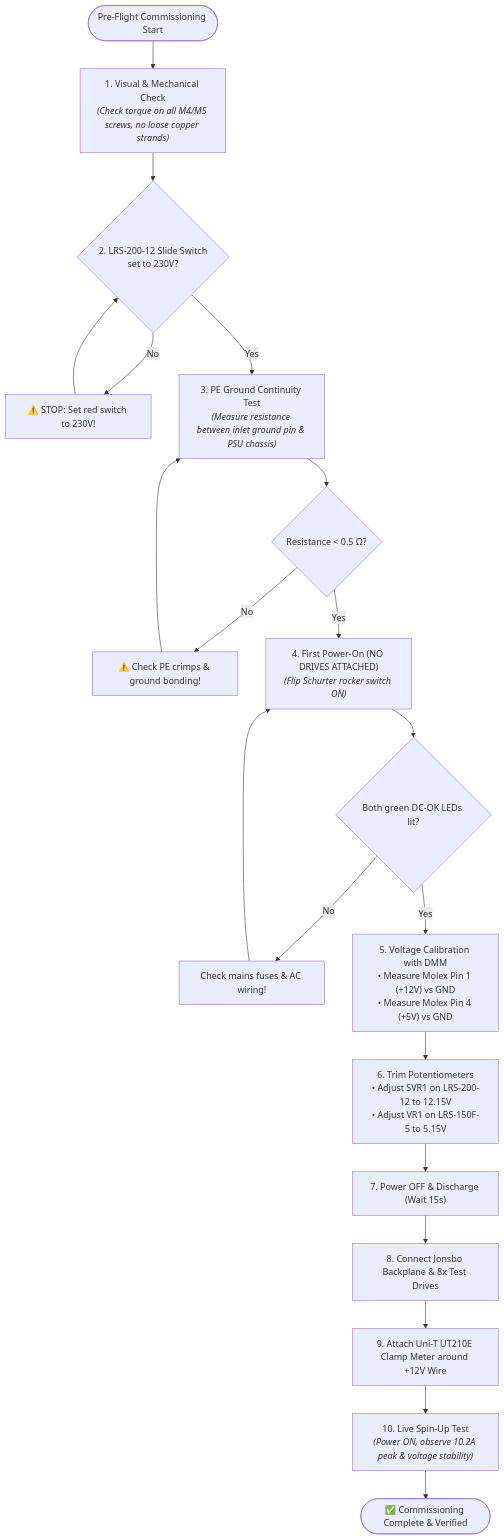
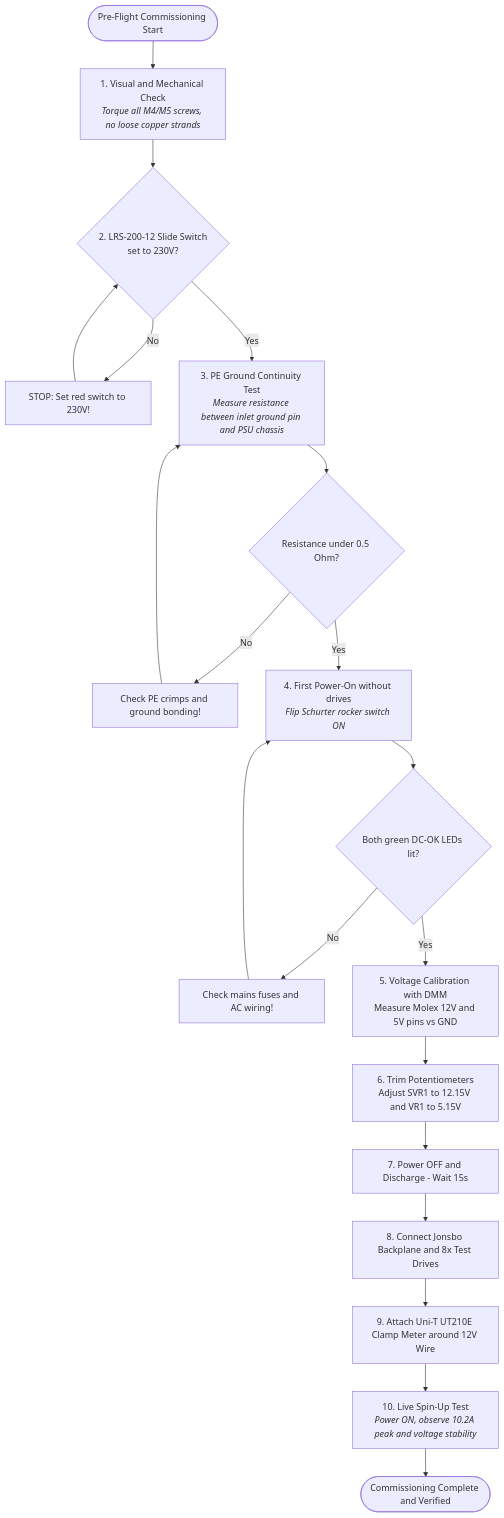
Before and after one commit to Lukas0923xcv/JBOD: the third of 3 diagrams in docs/wiring_and_assembly.md, drawn with Mermaid. The commit also changed 3 other files, not shown here.

Commit message:
Fix Mermaid parsing error by quoting and simplifying link labels

````diff
--- a/docs/wiring_and_assembly.md
+++ b/docs/wiring_and_assembly.md
@@ -124,19 +124,19 @@
 ```mermaid
 flowchart TD
-    Start(["Pre-Flight Commissioning Start"]) --> S1["1. Visual & Mechanical Check<br><i>(Check torque on all M4/M5 screws, no loose copper strands)</i>"]
+    Start(["Pre-Flight Commissioning Start"]) --> S1["1. Visual and Mechanical Check<br><i>Torque all M4/M5 screws, no loose copper strands</i>"]
     S1 --> S2{"2. LRS-200-12 Slide Switch<br>set to 230V?"}
-    S2 -- No --> Fix230["⚠️ STOP: Set red switch to 230V!"] --> S2
-    S2 -- Yes --> S3["3. PE Ground Continuity Test<br><i>(Measure resistance between inlet ground pin & PSU chassis)</i>"]
-    S3 --> S3_Check{"Resistance < 0.5 Ω?"}
-    S3_Check -- No --> FixPE["⚠️ Check PE crimps & ground bonding!"] --> S3
-    S3_Check -- Yes --> S4["4. First Power-On (NO DRIVES ATTACHED)<br><i>(Flip Schurter rocker switch ON)</i>"]
+    S2 -- No --> Fix230["STOP: Set red switch to 230V!"] --> S2
+    S2 -- Yes --> S3["3. PE Ground Continuity Test<br><i>Measure resistance between inlet ground pin and PSU chassis</i>"]
+    S3 --> S3_Check{"Resistance under 0.5 Ohm?"}
+    S3_Check -- No --> FixPE["Check PE crimps and ground bonding!"] --> S3
+    S3_Check -- Yes --> S4["4. First Power-On without drives<br><i>Flip Schurter rocker switch ON</i>"]
     S4 --> S4_LED{"Both green DC-OK LEDs lit?"}
-    S4_LED -- No --> FixAC["Check mains fuses & AC wiring!"] --> S4
-    S4_LED -- Yes --> S5["5. Voltage Calibration with DMM<br>• Measure Molex Pin 1 (+12V) vs GND<br>• Measure Molex Pin 4 (+5V) vs GND"]
-    S5 --> S6["6. Trim Potentiometers<br>• Adjust SVR1 on LRS-200-12 to 12.15V<br>• Adjust VR1 on LRS-150F-5 to 5.15V"]
-    S6 --> S7["7. Power OFF & Discharge (Wait 15s)"]
-    S7 --> S8["8. Connect Jonsbo Backplane & 8x Test Drives"]
-    S8 --> S9["9. Attach Uni-T UT210E Clamp Meter around +12V Wire"]
-    S9 --> S10["10. Live Spin-Up Test<br><i>(Power ON, observe 10.2A peak & voltage stability)</i>"]
-    S10 --> Pass(["✅ Commissioning Complete & Verified"])
+    S4_LED -- No --> FixAC["Check mains fuses and AC wiring!"] --> S4
+    S4_LED -- Yes --> S5["5. Voltage Calibration with DMM<br>Measure Molex 12V and 5V pins vs GND"]
+    S5 --> S6["6. Trim Potentiometers<br>Adjust SVR1 to 12.15V and VR1 to 5.15V"]
+    S6 --> S7["7. Power OFF and Discharge - Wait 15s"]
+    S7 --> S8["8. Connect Jonsbo Backplane and 8x Test Drives"]
+    S8 --> S9["9. Attach Uni-T UT210E Clamp Meter around 12V Wire"]
+    S9 --> S10["10. Live Spin-Up Test<br><i>Power ON, observe 10.2A peak and voltage stability</i>"]
+    S10 --> Pass(["Commissioning Complete and Verified"])
 ```
````
